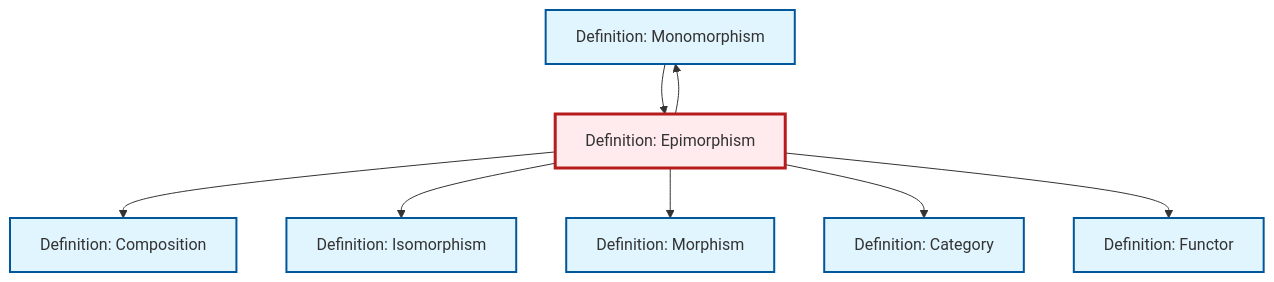
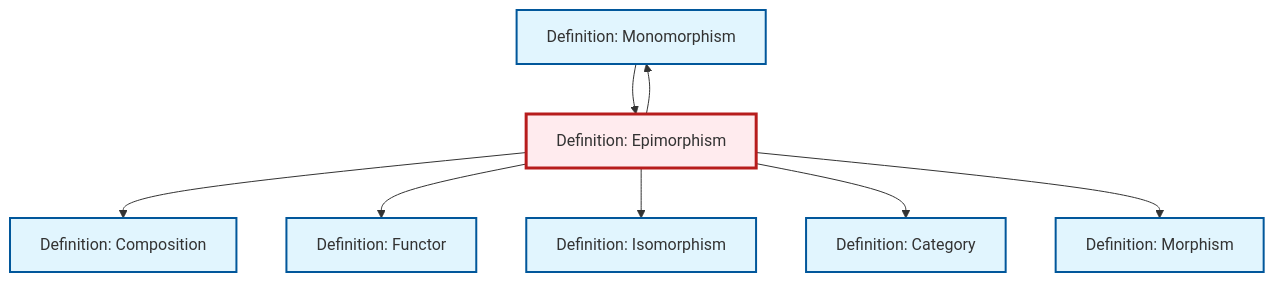
One commit to RK0429/ModernMath changed the diagram in content/en/category-theory/def-epimorphism.qmd. Above: the diagram before and after it, drawn with Mermaid. The commit also changed other lines of this file and 1012 other files, not shown here.

````diff
--- a/content/en/category-theory/def-epimorphism.qmd
+++ b/content/en/category-theory/def-epimorphism.qmd
@@ -96,30 +96,30 @@
 ```{mermaid}
 %%| fig-cap: "Local dependency graph"
 graph TD
     classDef definition fill:#e1f5fe,stroke:#01579b,stroke-width:2px
     classDef theorem fill:#f3e5f5,stroke:#4a148c,stroke-width:2px
     classDef axiom fill:#fff3e0,stroke:#e65100,stroke-width:2px
     classDef example fill:#e8f5e9,stroke:#1b5e20,stroke-width:2px
     classDef current fill:#ffebee,stroke:#b71c1c,stroke-width:3px
-    def-monomorphism["Definition: Monomorphism"]:::definition
-    def-category["Definition: Category"]:::definition
-    def-epimorphism["Definition: Epimorphism"]:::definition
     def-isomorphism["Definition: Isomorphism"]:::definition
     def-composition["Definition: Composition"]:::definition
+    def-category["Definition: Category"]:::definition
+    def-monomorphism["Definition: Monomorphism"]:::definition
+    def-functor["Definition: Functor"]:::definition
     def-morphism["Definition: Morphism"]:::definition
-    def-functor["Definition: Functor"]:::definition
+    def-epimorphism["Definition: Epimorphism"]:::definition
     def-epimorphism --> def-composition
+    def-epimorphism --> def-functor
     def-epimorphism --> def-isomorphism
+    def-epimorphism --> def-category
+    def-epimorphism --> def-monomorphism
+    def-epimorphism --> def-morphism
     def-monomorphism --> def-epimorphism
-    def-epimorphism --> def-morphism
-    def-epimorphism --> def-category
-    def-epimorphism --> def-functor
-    def-epimorphism --> def-monomorphism
     class def-epimorphism current
-    click def-monomorphism "def-monomorphism.html" "Go to Monomorphism definition"
-    click def-category "def-category.html" "Go to Category definition"
     click def-isomorphism "def-isomorphism.html" "Go to Isomorphism definition"
     click def-composition "def-composition.html" "Go to Composition definition"
+    click def-category "def-category.html" "Go to Category definition"
+    click def-monomorphism "def-monomorphism.html" "Go to Monomorphism definition"
+    click def-functor "def-functor.html" "Go to Functor definition"
     click def-morphism "def-morphism.html" "Go to Morphism definition"
-    click def-functor "def-functor.html" "Go to Functor definition"
 ```
````
